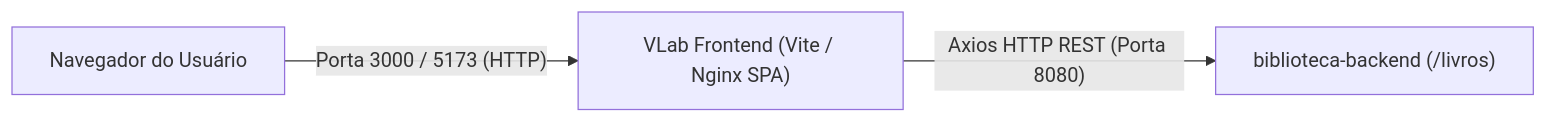
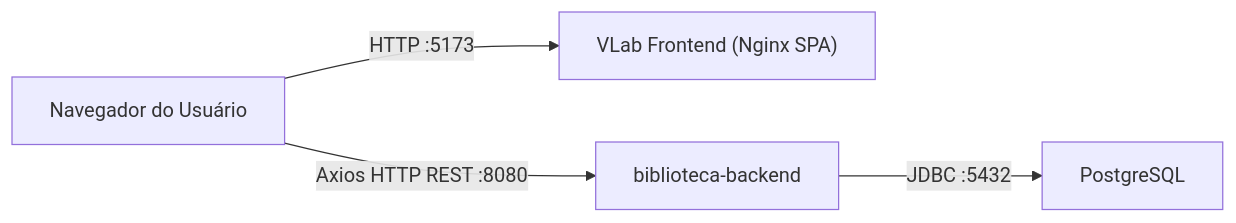
The diagram in RUNBOOK.md (especDevops/vlab), drawn with Mermaid before and after one commit. The commit also changed other lines of this file and 1 other file, not shown here.

````diff
--- a/RUNBOOK.md
+++ b/RUNBOOK.md
@@ -21,5 +22,6 @@
 ```mermaid
 flowchart LR
-    Browser["Navegador do Usuário"] -->|"Porta 3000 / 5173 (HTTP)"| Nginx["VLab Frontend (Vite / Nginx SPA)"]
-    Nginx -->|"Axios HTTP REST (Porta 8080)"| Backend["biblioteca-backend (/livros)"]
+  Browser["Navegador do Usuário"] -->|"HTTP :5173"| Nginx["VLab Frontend (Nginx SPA)"]
+  Browser -->|"Axios HTTP REST :8080"| Backend["biblioteca-backend"]
+  Backend -->|"JDBC :5432"| Database["PostgreSQL"]
 ```
````
